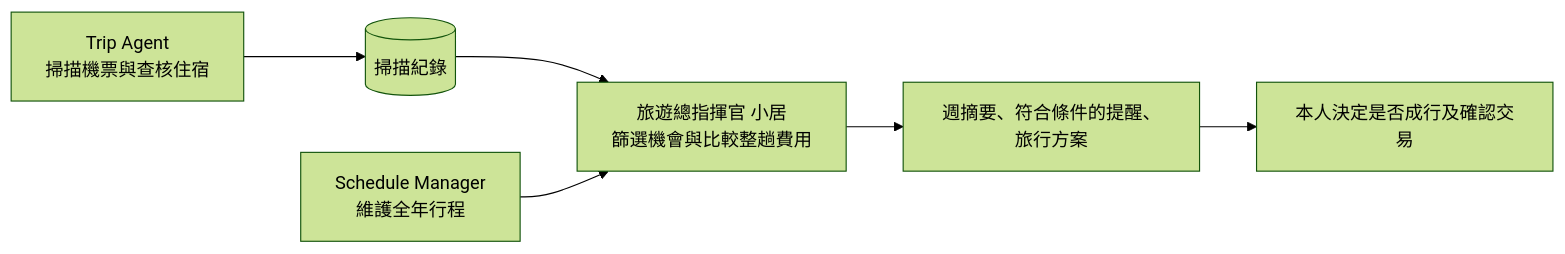
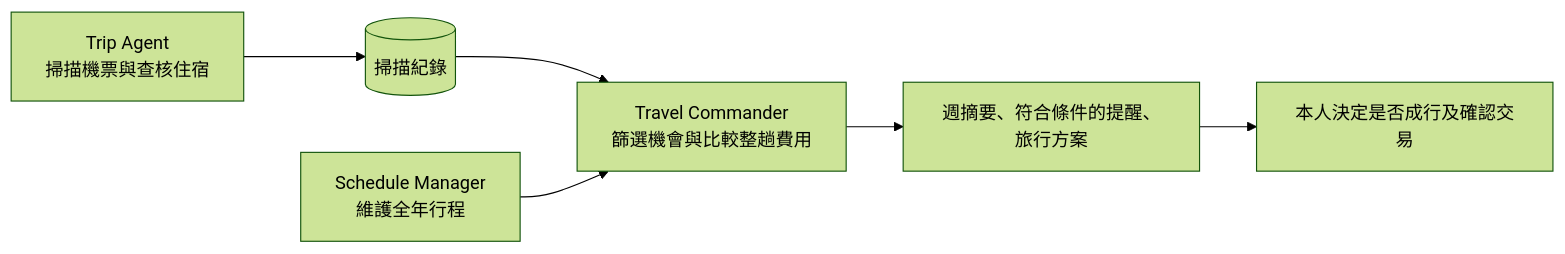
One commit to baka2496/hermes-travel-workflow changed the diagram in README.md. Above: the diagram before and after it, drawn with Mermaid (forest theme). The commit also changed other lines of this file and 17 other files, not shown here.

````diff
--- a/README.md
+++ b/README.md
@@ -5,8 +5,8 @@
 ```mermaid
 flowchart LR
     trip["Trip Agent<br/>掃描機票與查核住宿"] --> db[("掃描紀錄")]
-    db --> command["旅遊總指揮官 小居<br/>篩選機會與比較整趟費用"]
+    db --> command["Travel Commander<br/>篩選機會與比較整趟費用"]
     schedule["Schedule Manager<br/>維護全年行程"] --> command
     command --> proposal["週摘要、符合條件的提醒、旅行方案"]
     proposal --> owner["本人決定是否成行及確認交易"]
 ```
````
